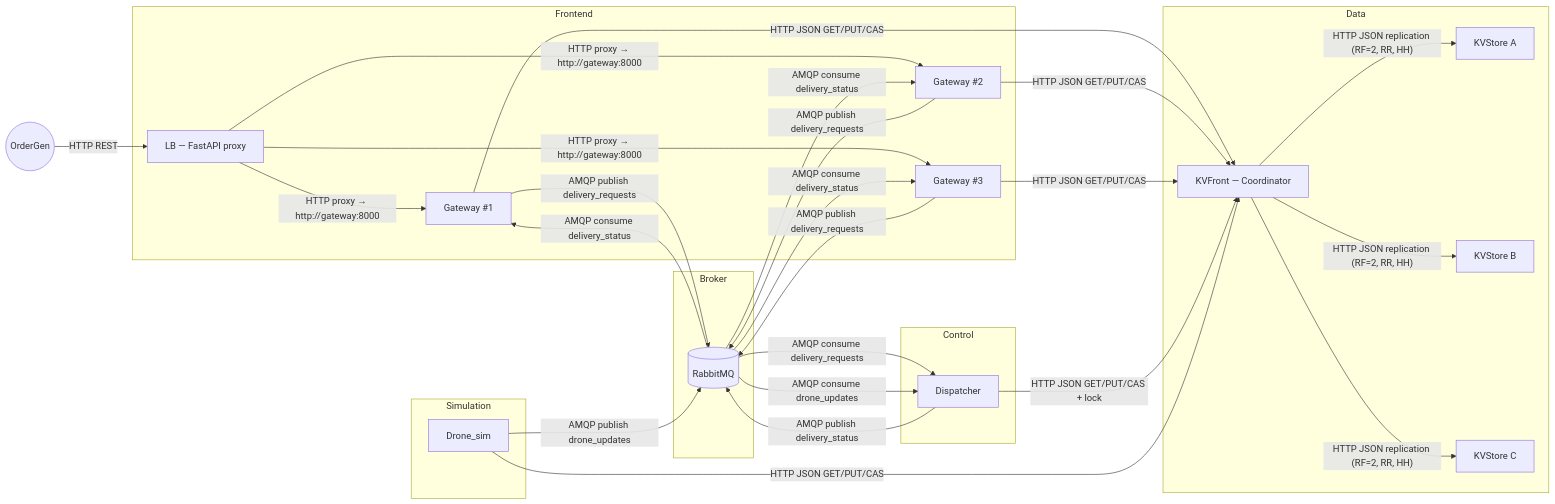
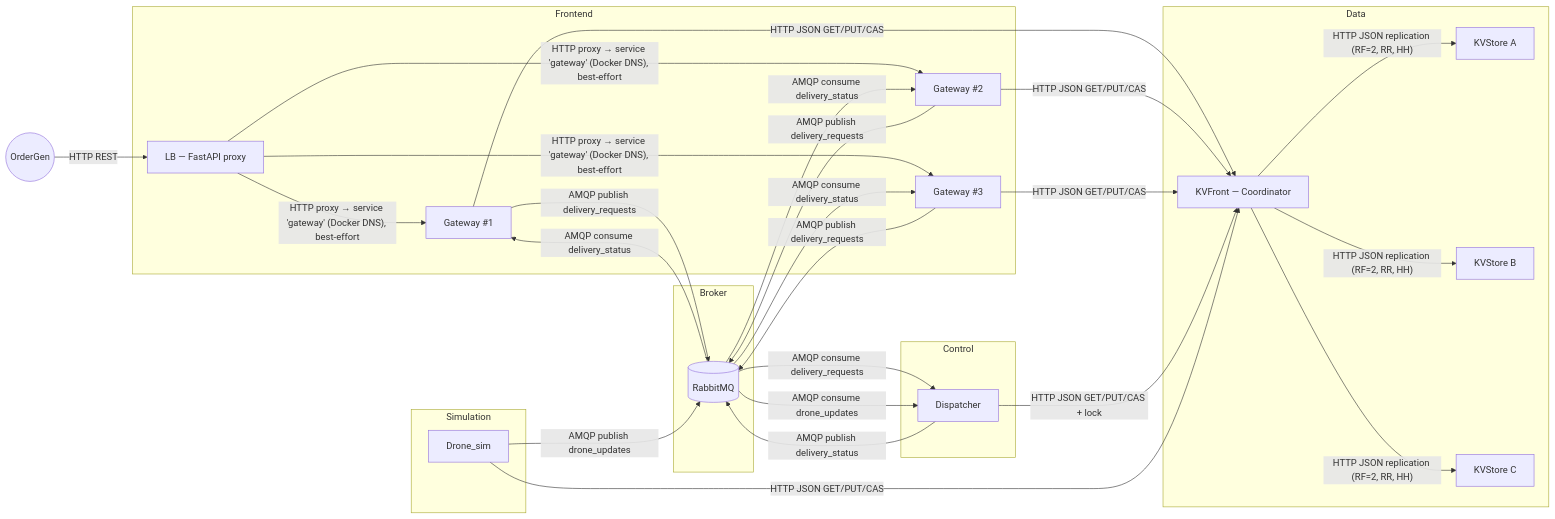
The first of 3 diagrams in README.md (scorzaluca/progetto-architetture), drawn with Mermaid before and after one commit. The commit also changed other lines of this file, not shown here.

````diff
--- a/README.md
+++ b/README.md
@@ -229,71 +201,71 @@
 ```mermaid
 graph LR
     Client((OrderGen))
 
     subgraph Frontend
         LB[LB — FastAPI proxy]
         GW1[Gateway #1]
         GW2[Gateway #2]
         GW3[Gateway #3]
     end
 
     subgraph Control
         DISP[Dispatcher]
     end
 
     subgraph Simulation
         DRONE[Drone_sim]
     end
 
     subgraph Data
         KVF[KVFront — Coordinator]
         KVA[KVStore A]
         KVB[KVStore B]
         KVC[KVStore C]
     end
 
     subgraph Broker
         RMQ[(RabbitMQ)]
     end
 
     %% Flussi esterni
     Client -->|"HTTP REST"| LB
-    LB -->|"HTTP proxy → http://gateway:8000"| GW1
-    LB -->|"HTTP proxy → http://gateway:8000"| GW2
-    LB -->|"HTTP proxy → http://gateway:8000"| GW3
+    LB -->|"HTTP proxy → service 'gateway' (Docker DNS), best-effort"| GW1
+    LB -->|"HTTP proxy → service 'gateway' (Docker DNS), best-effort"| GW2
+    LB -->|"HTTP proxy → service 'gateway' (Docker DNS), best-effort"| GW3
 
     %% Gateway <-> KVFront
     GW1 -->|"HTTP JSON GET/PUT/CAS"| KVF
     GW2 -->|"HTTP JSON GET/PUT/CAS"| KVF
     GW3 -->|"HTTP JSON GET/PUT/CAS"| KVF
 
     %% Gateway <-> Broker
     GW1 -->|"AMQP publish delivery_requests"| RMQ
     GW2 -->|"AMQP publish delivery_requests"| RMQ
     GW3 -->|"AMQP publish delivery_requests"| RMQ
     RMQ -->|"AMQP consume delivery_status"| GW1
     RMQ -->|"AMQP consume delivery_status"| GW2
     RMQ -->|"AMQP consume delivery_status"| GW3
 
     %% Dispatcher <-> KVFront
     DISP -->|"HTTP JSON GET/PUT/CAS + lock"| KVF
 
     %% Dispatcher <-> Broker
     RMQ -->|"AMQP consume delivery_requests"| DISP
     RMQ -->|"AMQP consume drone_updates"| DISP
     DISP -->|"AMQP publish delivery_status"| RMQ
 
     %% Droni
     DRONE -->|"HTTP JSON GET/PUT/CAS"| KVF
     DRONE -->|"AMQP publish drone_updates"| RMQ
 
     %% KVFront -> repliche
     KVF -->|"HTTP JSON replication (RF=2, RR, HH)"| KVA
     KVF -->|"HTTP JSON replication (RF=2, RR, HH)"| KVB
     KVF -->|"HTTP JSON replication (RF=2, RR, HH)"| KVC
 
 
 
 
 
 ```
````
